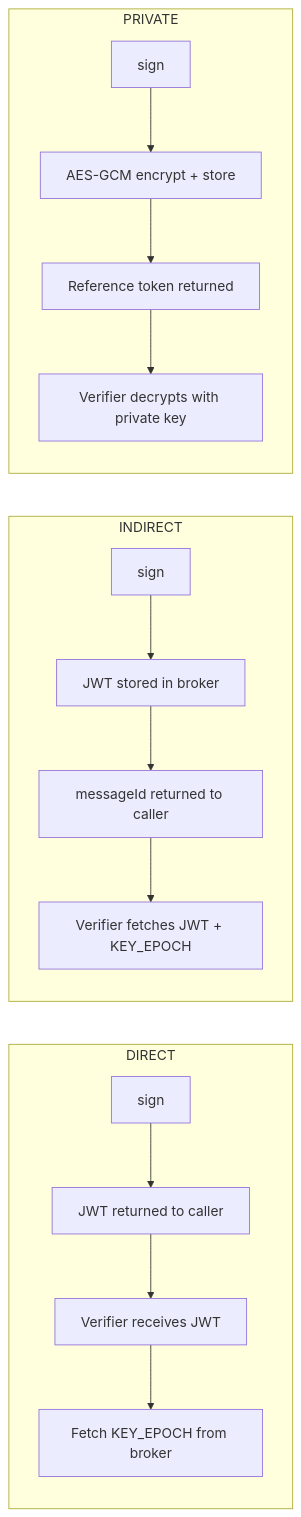
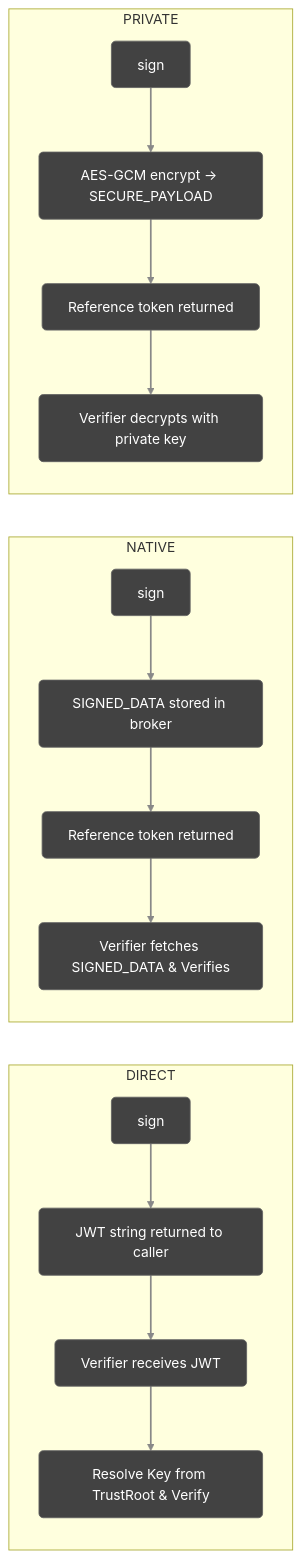
Before and after one commit to cyfko/veridot: the first of 2 diagrams in docs/docs/guides/distribution-modes.md, drawn with Mermaid. The commit also changed other lines of this file and 84 other files, not shown here.

Commit message:
docs: complete Protocol V5 documentation rewrite (including premium diagrams)

````diff
--- a/docs/docs/guides/distribution-modes.md
+++ b/docs/docs/guides/distribution-modes.md
@@ -14,20 +14,30 @@
 ```mermaid
 graph LR
+
+    %% Premium Theme
+    linkStyle default stroke:#888888,stroke-width:2px;
+    classDef default fill:#424242,stroke:#616161,stroke-width:1px,color:#fff,rx:5px,ry:5px;
+    classDef service fill:#4527a0,stroke:#5e35b1,stroke-width:1px,color:#fff,rx:5px,ry:5px;
+    classDef broker fill:#004d40,stroke:#00695c,stroke-width:1px,color:#fff,rx:5px,ry:5px;
+    classDef db fill:#bf360c,stroke:#d84315,stroke-width:1px,color:#fff,rx:5px,ry:5px;
+    classDef taas fill:#01579b,stroke:#0277bd,stroke-width:1px,color:#fff,rx:5px,ry:5px;
+
     subgraph DIRECT
-        D1[sign] --> D2[JWT returned to caller]
+        D1[sign] --> D2[JWT string returned to caller]
         D2 --> D3[Verifier receives JWT]
-        D3 --> D4["Fetch KEY_EPOCH from broker"]
+        D3 --> D4["Resolve Key from TrustRoot & Verify"]
     end
 
-    subgraph INDIRECT
-        I1[sign] --> I2[JWT stored in broker]
-        I2 --> I3[messageId returned to caller]
-        I3 --> I4["Verifier fetches JWT + KEY_EPOCH"]
+    subgraph NATIVE
+        I1[sign] --> I2[SIGNED_DATA stored in broker]
+        I2 --> I3[Reference token returned]
+        I3 --> I4["Verifier fetches SIGNED_DATA & Verifies"]
     end
 
     subgraph PRIVATE
-        P1[sign] --> P2["AES-GCM encrypt + store"]
+        P1[sign] --> P2["AES-GCM encrypt -> SECURE_PAYLOAD"]
         P2 --> P3[Reference token returned]
         P3 --> P4["Verifier decrypts with private key"]
     end
+
 ```
````
